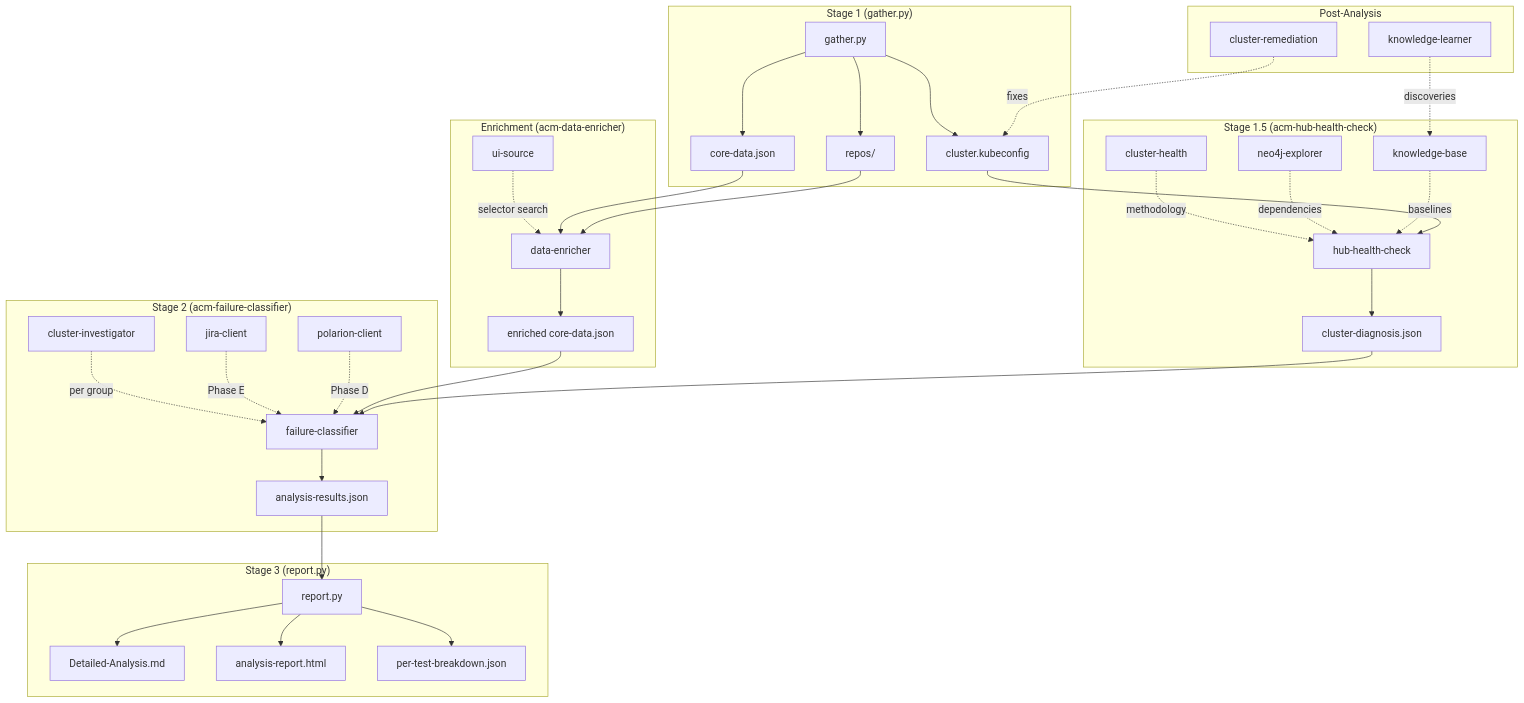
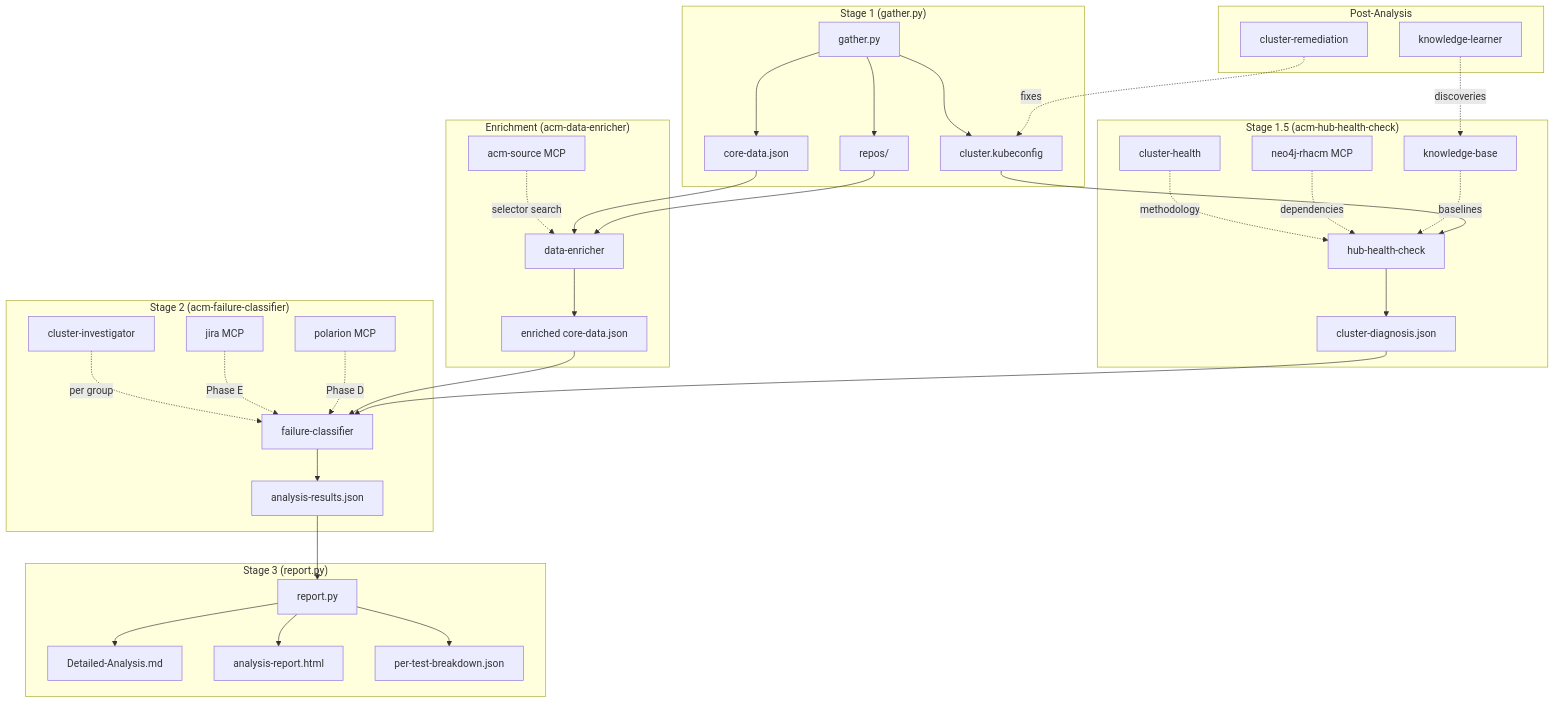
Before and after one commit to stolostron/acm-ai-qe: the sixth of 6 diagrams in apps/z-stream-analysis/docs/07-SKILL-ARCHITECTURE.md, drawn with Mermaid. The commit also changed other lines of this file and 170 other files, not shown here.

First line of the commit message:
feat: rename acm-ui to acm-source, remove MCP wrapper skills, rename acm-code-analyzer to acm-qe-code-analyzer, remove Polarion/peer from reviewer

````diff
--- a/apps/z-stream-analysis/docs/07-SKILL-ARCHITECTURE.md
+++ b/apps/z-stream-analysis/docs/07-SKILL-ARCHITECTURE.md
@@ -547,45 +532,45 @@
 ```mermaid
 flowchart TD
     subgraph "Stage 1 (gather.py)"
         G[gather.py] --> CD[core-data.json]
         G --> KUB[cluster.kubeconfig]
         G --> REPOS[repos/]
     end
 
     subgraph "Stage 1.5 (acm-hub-health-check)"
         HH[hub-health-check] --> CDX[cluster-diagnosis.json]
         CH[cluster-health] -.methodology.-> HH
-        NEO[neo4j-explorer] -.dependencies.-> HH
+        NEO[neo4j-rhacm MCP] -.dependencies.-> HH
         KB[knowledge-base] -.baselines.-> HH
         KUB --> HH
     end
 
     subgraph "Enrichment (acm-data-enricher)"
         DE[data-enricher] --> CDe[enriched core-data.json]
-        UIS[ui-source] -.selector search.-> DE
+        UIS[acm-source MCP] -.selector search.-> DE
         CD --> DE
         REPOS --> DE
     end
 
     subgraph "Stage 2 (acm-failure-classifier)"
         FC[failure-classifier]
         CI[cluster-investigator] -.per group.-> FC
-        JC[jira-client] -.Phase E.-> FC
-        PC[polarion-client] -.Phase D.-> FC
+        JC[jira MCP] -.Phase E.-> FC
+        PC[polarion MCP] -.Phase D.-> FC
         CDe --> FC
         CDX --> FC
         FC --> AR[analysis-results.json]
     end
 
     subgraph "Stage 3 (report.py)"
         R[report.py] --> MD[Detailed-Analysis.md]
         R --> HTML[analysis-report.html]
         R --> JSON[per-test-breakdown.json]
         AR --> R
     end
 
     subgraph "Post-Analysis"
         KL[knowledge-learner] -.discoveries.-> KB
         CR[cluster-remediation] -.fixes.-> KUB
     end
 ```
````
